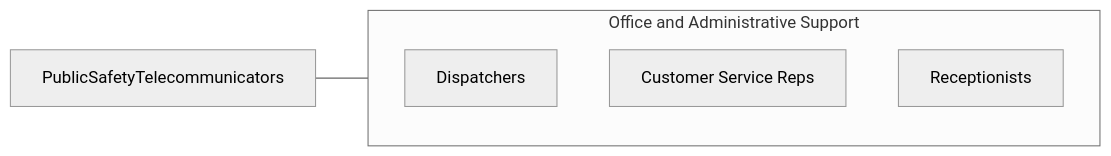
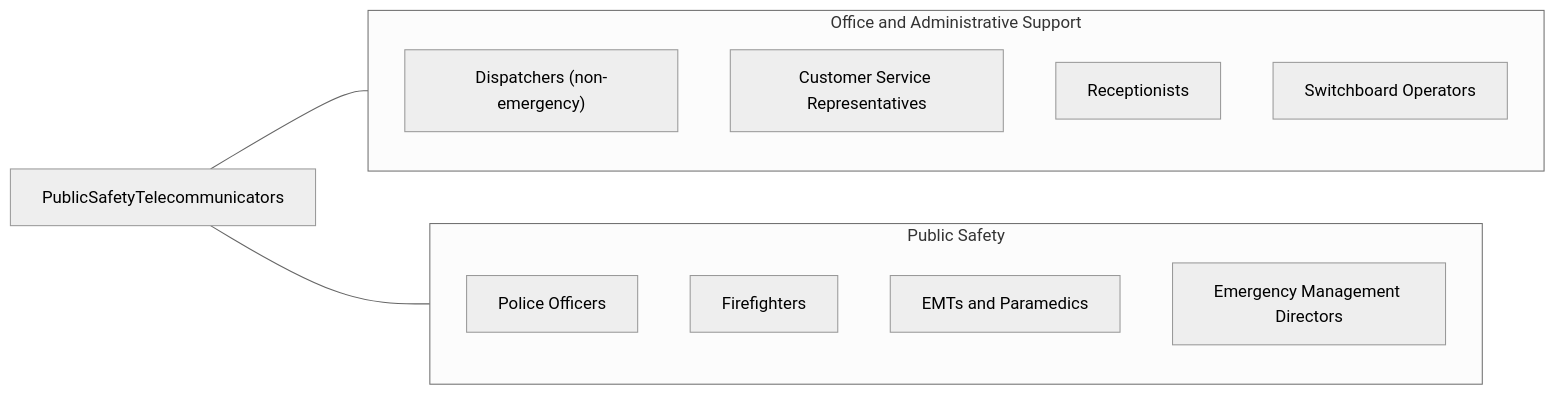
The fourth of 4 diagrams in occupations/Administrative/PublicSafetyTelecommunicators.mdx (kziemski/business.org.ai), drawn with Mermaid (neutral theme) before and after one commit. The commit also changed other lines of this file and 19 other files, not shown here.

````diff
--- a/occupations/Administrative/PublicSafetyTelecommunicators.mdx
+++ b/occupations/Administrative/PublicSafetyTelecommunicators.mdx
@@ -103,10 +235,21 @@
 ```mermaid
 graph LR
     Current["PublicSafetyTelecommunicators"]
+
     subgraph SameCategory["Office and Administrative Support"]
-        RDispatchers["Dispatchers"]
-        RCustomerServiceReps["Customer Service Reps"]
-        RReceptionists["Receptionists"]
+        Dispatchers["Dispatchers (non-emergency)"]
+        CustomerServiceReps["Customer Service Representatives"]
+        Receptionists["Receptionists"]
+        Switchboard["Switchboard Operators"]
     end
+
+    subgraph CrossFunctional["Public Safety"]
+        PoliceOfficers["Police Officers"]
+        Firefighters["Firefighters"]
+        EMTs["EMTs and Paramedics"]
+        EmergencyMgmt["Emergency Management Directors"]
+    end
+
     Current --- SameCategory
+    Current --- CrossFunctional
 ```
````
